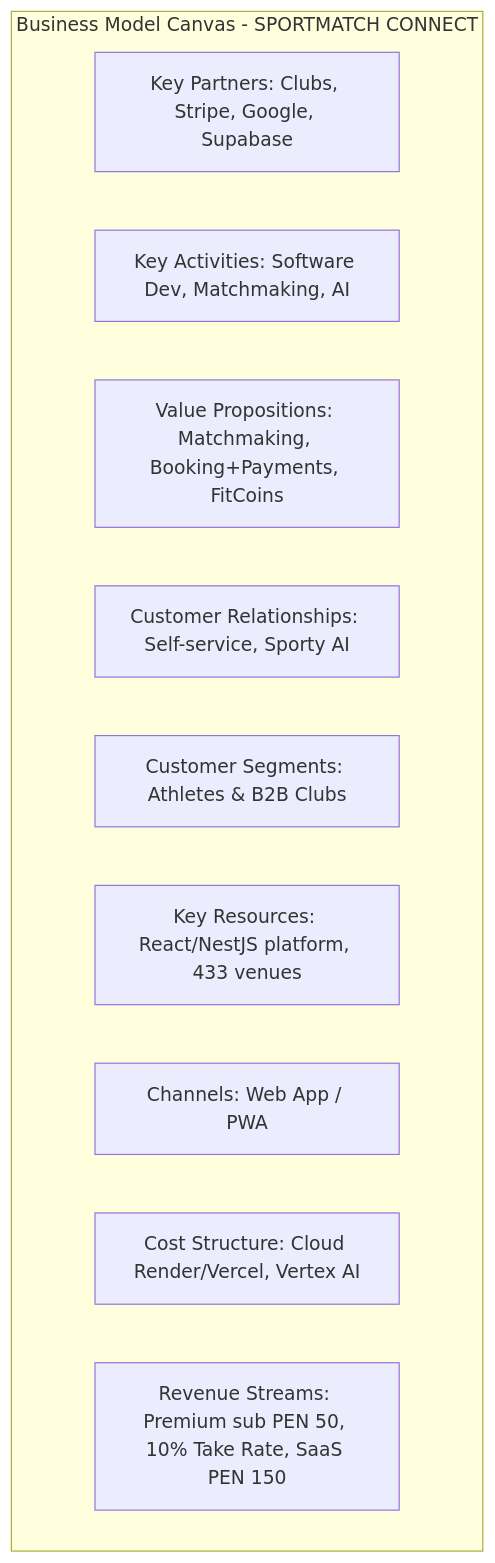
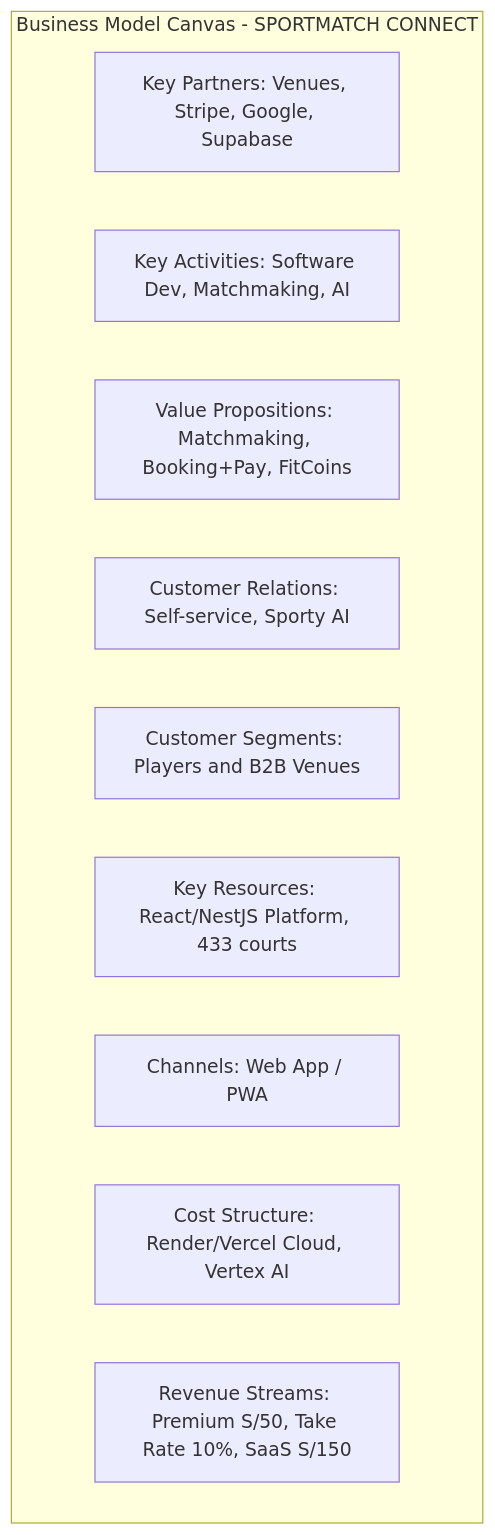
Before and after one commit to jojiz29/sportmatch-connect: the third of 5 diagrams in ENTREGABLE/1. Trabajo Final Matias/TESIS_FINAL_SPORTMATCH_EN.md, drawn with Mermaid. The commit also changed other lines of this file and 1 other file, not shown here.

````diff
--- a/ENTREGABLE/1. Trabajo Final Matias/TESIS_FINAL_SPORTMATCH_EN.md
+++ b/ENTREGABLE/1. Trabajo Final Matias/TESIS_FINAL_SPORTMATCH_EN.md
@@ -281,14 +382,14 @@
 ```mermaid
 graph TD
     subgraph "Business Model Canvas - SPORTMATCH CONNECT"
-        KP["Key Partners: Clubs, Stripe, Google, Supabase"]
+        KP["Key Partners: Venues, Stripe, Google, Supabase"]
         KA["Key Activities: Software Dev, Matchmaking, AI"]
-        VP["Value Propositions: Matchmaking, Booking+Payments, FitCoins"]
-        CR["Customer Relationships: Self-service, Sporty AI"]
-        CS["Customer Segments: Athletes & B2B Clubs"]
-        KR["Key Resources: React/NestJS platform, 433 venues"]
+        VP["Value Propositions: Matchmaking, Booking+Pay, FitCoins"]
+        CR["Customer Relations: Self-service, Sporty AI"]
+        CS["Customer Segments: Players and B2B Venues"]
+        KR["Key Resources: React/NestJS Platform, 433 courts"]
         CH["Channels: Web App / PWA"]
-        CSst["Cost Structure: Cloud Render/Vercel, Vertex AI"]
-        RS["Revenue Streams: Premium sub PEN 50, 10% Take Rate, SaaS PEN 150"]
+        CSst["Cost Structure: Render/Vercel Cloud, Vertex AI"]
+        RS["Revenue Streams: Premium S/50, Take Rate 10%, SaaS S/150"]
     end
 ```
````
